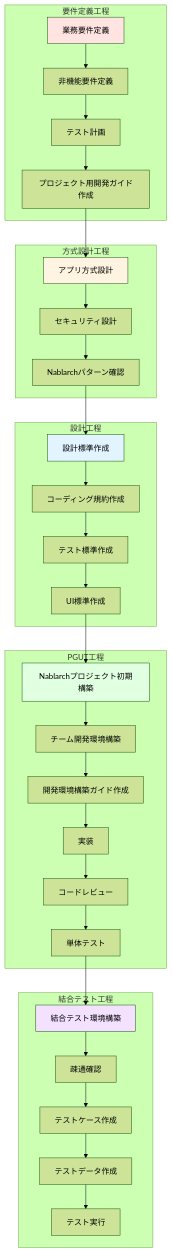
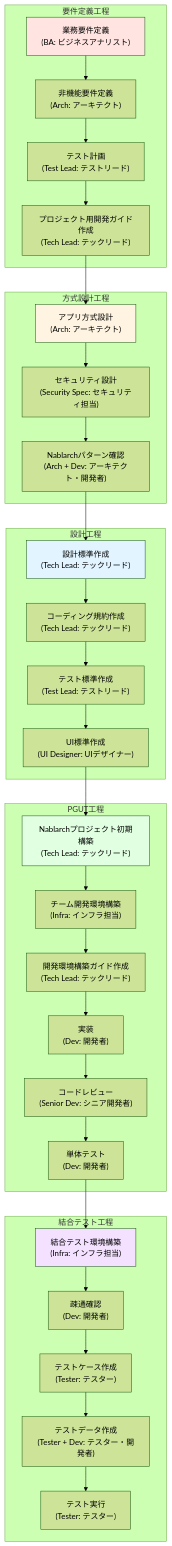
One commit to nablarch/nabledge-dev changed the first of 2 diagrams in doc/tobe-vision-development-process-ja.md. Above: the diagram before and after it, drawn with Mermaid (forest theme). The commit also changed other lines of this file, not shown here.

First line of the commit message:
Enhance AsIs/ToBe diagrams with role assignments

````diff
--- a/doc/tobe-vision-development-process-ja.md
+++ b/doc/tobe-vision-development-process-ja.md
@@ -58,56 +58,56 @@
 ```mermaid
 graph TB
     subgraph 要件定義工程
-        A1[業務要件定義]
-        A2[非機能要件定義]
-        A3[テスト計画]
-        A4[プロジェクト用開発ガイド作成]
+        A1["業務要件定義<br/>(BA: ビジネスアナリスト)"]
+        A2["非機能要件定義<br/>(Arch: アーキテクト)"]
+        A3["テスト計画<br/>(Test Lead: テストリード)"]
+        A4["プロジェクト用開発ガイド作成<br/>(Tech Lead: テックリード)"]
     end
 
     subgraph 方式設計工程
-        B1[アプリ方式設計]
-        B2[セキュリティ設計]
-        B3[Nablarchパターン確認]
+        B1["アプリ方式設計<br/>(Arch: アーキテクト)"]
+        B2["セキュリティ設計<br/>(Security Spec: セキュリティ担当)"]
+        B3["Nablarchパターン確認<br/>(Arch + Dev: アーキテクト・開発者)"]
     end
 
     subgraph 設計工程
-        C1[設計標準作成]
-        C2[コーディング規約作成]
-        C3[テスト標準作成]
-        C4[UI標準作成]
+        C1["設計標準作成<br/>(Tech Lead: テックリード)"]
+        C2["コーディング規約作成<br/>(Tech Lead: テックリード)"]
+        C3["テスト標準作成<br/>(Test Lead: テストリード)"]
+        C4["UI標準作成<br/>(UI Designer: UIデザイナー)"]
     end
 
     subgraph PGUT工程
-        D1[Nablarchプロジェクト初期構築]
-        D2[チーム開発環境構築]
-        D3[開発環境構築ガイド作成]
-        D4[実装]
-        D5[コードレビュー]
-        D6[単体テスト]
+        D1["Nablarchプロジェクト初期構築<br/>(Tech Lead: テックリード)"]
+        D2["チーム開発環境構築<br/>(Infra: インフラ担当)"]
+        D3["開発環境構築ガイド作成<br/>(Tech Lead: テックリード)"]
+        D4["実装<br/>(Dev: 開発者)"]
+        D5["コードレビュー<br/>(Senior Dev: シニア開発者)"]
+        D6["単体テスト<br/>(Dev: 開発者)"]
     end
 
     subgraph 結合テスト工程
-        E1[結合テスト環境構築]
-        E2[疎通確認]
-        E3[テストケース作成]
-        E4[テストデータ作成]
-        E5[テスト実行]
+        E1["結合テスト環境構築<br/>(Infra: インフラ担当)"]
+        E2["疎通確認<br/>(Dev: 開発者)"]
+        E3["テストケース作成<br/>(Tester: テスター)"]
+        E4["テストデータ作成<br/>(Tester + Dev: テスター・開発者)"]
+        E5["テスト実行<br/>(Tester: テスター)"]
     end
 
     A1 --> A2 --> A3 --> A4
     A4 --> B1
     B1 --> B2 --> B3
     B3 --> C1
     C1 --> C2 --> C3 --> C4
     C4 --> D1
     D1 --> D2 --> D3 --> D4
     D4 --> D5 --> D6
     D6 --> E1
     E1 --> E2 --> E3 --> E4 --> E5
 
     style A1 fill:#ffe4e1
     style B1 fill:#fff4e1
     style C1 fill:#e1f4ff
     style D1 fill:#e1ffe1
     style E1 fill:#f4e1ff
 ```
````
